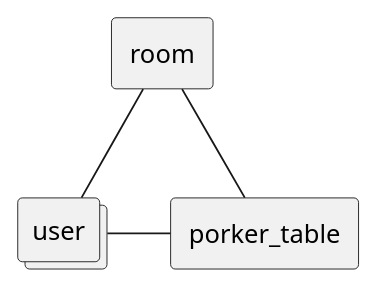
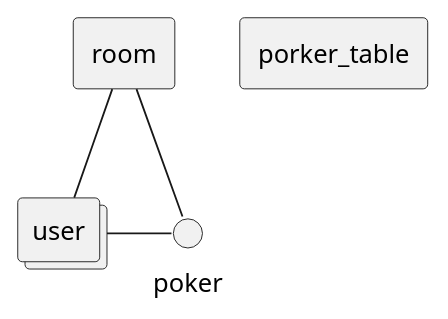
Before and after one commit to yuizho/salon: the diagram in doc/product/data.puml, drawn with PlantUML. The commit also changed 2 other files, not shown here.

```diff
--- a/doc/product/data.puml
+++ b/doc/product/data.puml
@@ -1,9 +1,9 @@
 @startuml
 rectangle room
 collections user
 rectangle porker_table
 
-room -- porker_table
+room -- poker
 room -- user
-user - porker_table
+user - poker
 @enduml
```
